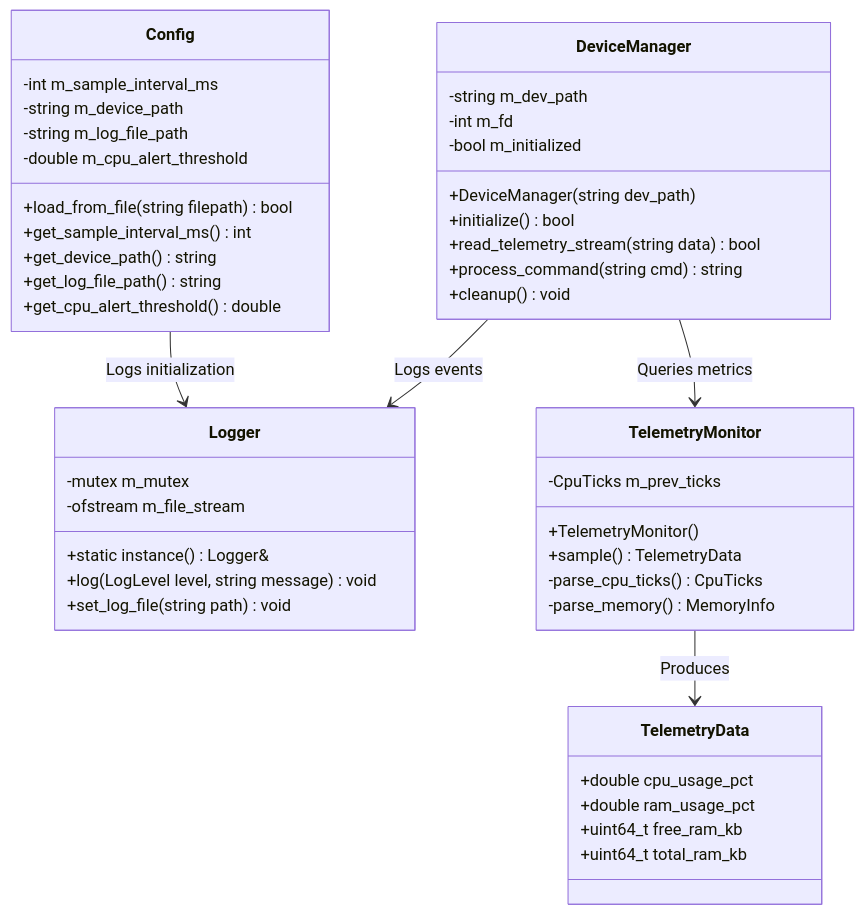
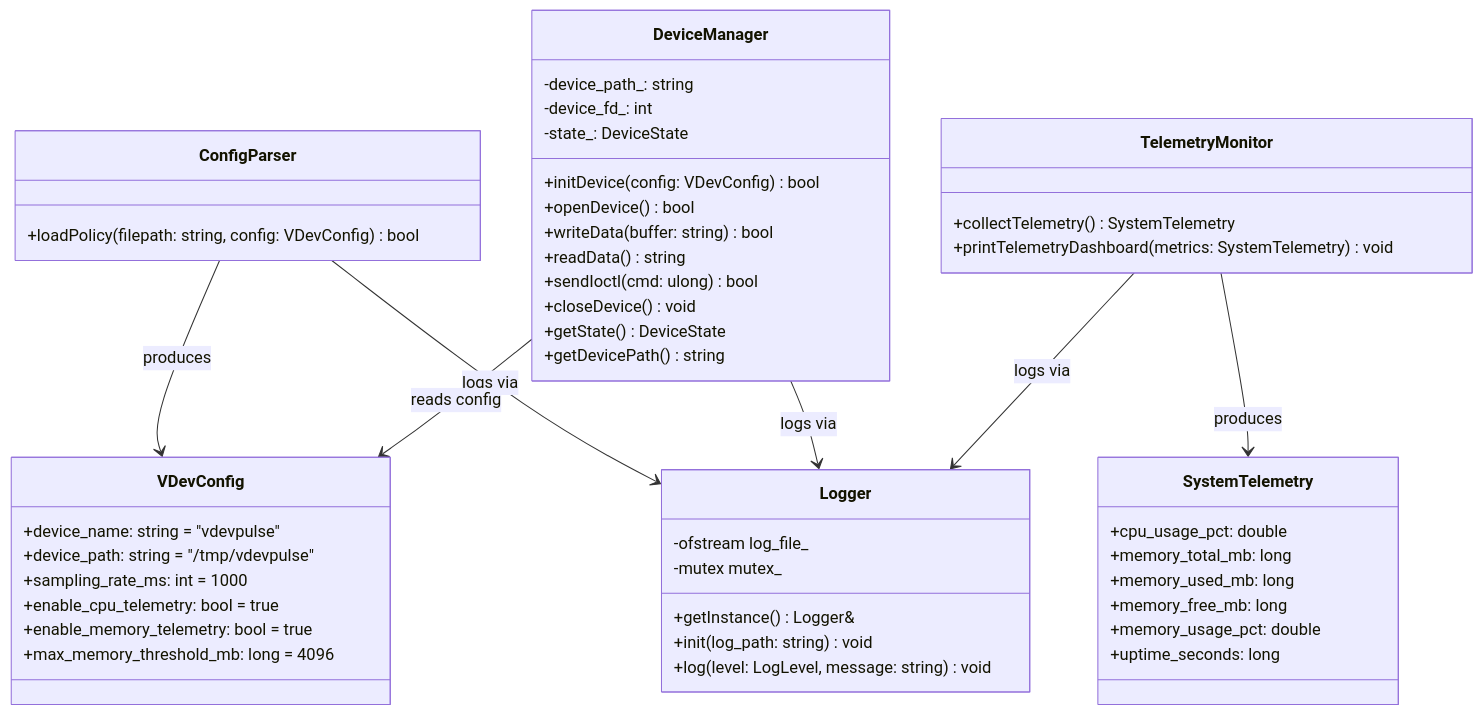
The first of 3 diagrams in Wipro Individual Project/vdevpulse/docs/stage3_architecture.md (priyansudas07/Wipro-Embedded-Training), drawn with Mermaid before and after one commit. The commit also changed other lines of this file and 10 other files, not shown here.

````diff
--- a/Wipro Individual Project/vdevpulse/docs/stage3_architecture.md
+++ b/Wipro Individual Project/vdevpulse/docs/stage3_architecture.md
@@ -40,53 +118,58 @@
 ```mermaid
 classDiagram
     class Logger {
-        +static instance() Logger&
-        +log(LogLevel level, string message) void
-        +set_log_file(string path) void
-        -mutex m_mutex
-        -ofstream m_file_stream
+        -ofstream log_file_
+        -mutex mutex_
+        +getInstance() Logger&
+        +init(log_path: string) void
+        +log(level: LogLevel, message: string) void
     }
 
-    class Config {
-        +load_from_file(string filepath) bool
-        +get_sample_interval_ms() int
-        +get_device_path() string
-        +get_log_file_path() string
-        +get_cpu_alert_threshold() double
-        -int m_sample_interval_ms
-        -string m_device_path
-        -string m_log_file_path
-        -double m_cpu_alert_threshold
+    class VDevConfig {
+        +device_name: string = "vdevpulse"
+        +device_path: string = "/tmp/vdevpulse"
+        +sampling_rate_ms: int = 1000
+        +enable_cpu_telemetry: bool = true
+        +enable_memory_telemetry: bool = true
+        +max_memory_threshold_mb: long = 4096
     }
 
-    class TelemetryData {
-        +double cpu_usage_pct
-        +double ram_usage_pct
-        +uint64_t free_ram_kb
-        +uint64_t total_ram_kb
+    class ConfigParser {
+        +loadPolicy(filepath: string, config: VDevConfig) bool
+    }
+
+    class SystemTelemetry {
+        +cpu_usage_pct: double
+        +memory_total_mb: long
+        +memory_used_mb: long
+        +memory_free_mb: long
+        +memory_usage_pct: double
+        +uptime_seconds: long
     }
 
     class TelemetryMonitor {
-        +TelemetryMonitor()
-        +sample() TelemetryData
-        -parse_cpu_ticks() CpuTicks
-        -parse_memory() MemoryInfo
-        -CpuTicks m_prev_ticks
+        +collectTelemetry() SystemTelemetry
+        +printTelemetryDashboard(metrics: SystemTelemetry) void
     }
 
     class DeviceManager {
-        +DeviceManager(string dev_path)
-        +initialize() bool
-        +read_telemetry_stream(string data) bool
-        +process_command(string cmd) string
-        +cleanup() void
-        -string m_dev_path
-        -int m_fd
-        -bool m_initialized
+        -device_path_: string
+        -device_fd_: int
+        -state_: DeviceState
+        +initDevice(config: VDevConfig) bool
+        +openDevice() bool
+        +writeData(buffer: string) bool
+        +readData() string
+        +sendIoctl(cmd: ulong) bool
+        +closeDevice() void
+        +getState() DeviceState
+        +getDevicePath() string
     }
 
-    DeviceManager --> TelemetryMonitor : Queries metrics
-    DeviceManager --> Logger : Logs events
-    TelemetryMonitor --> TelemetryData : Produces
-    Config --> Logger : Logs initialization
+    ConfigParser --> VDevConfig : produces
+    ConfigParser --> Logger : logs via
+    DeviceManager --> VDevConfig : reads config
+    DeviceManager --> Logger : logs via
+    TelemetryMonitor --> SystemTelemetry : produces
+    TelemetryMonitor --> Logger : logs via
 ```
````
